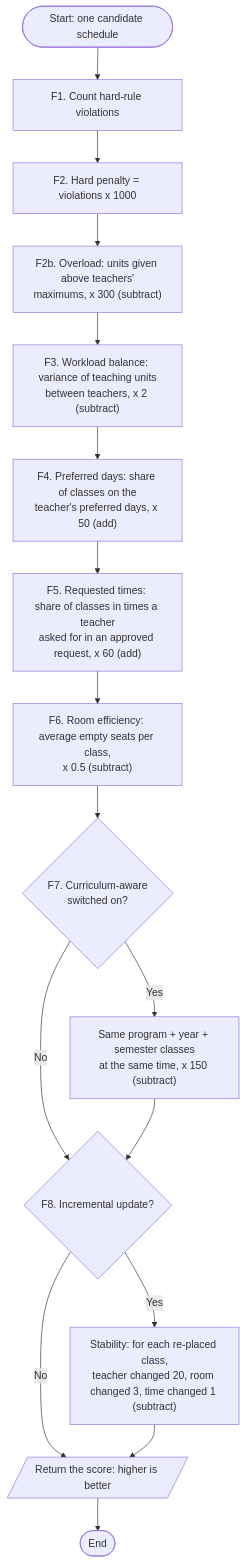
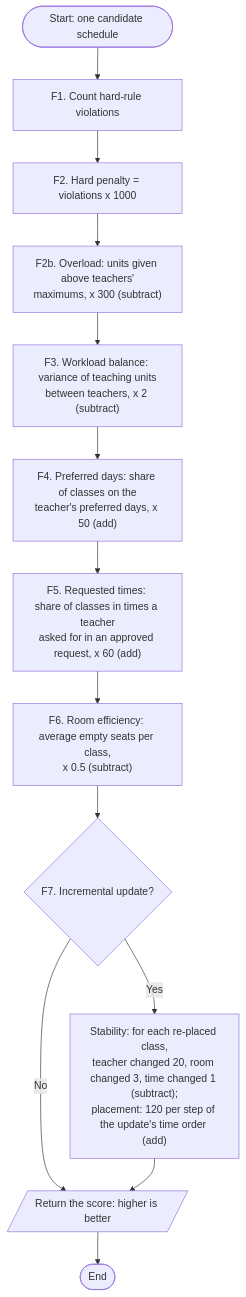
One commit to chocoboy231/SchedWiseAI changed the second of 3 diagrams in docs/FLOWCHART.md. Above: the diagram before and after it, drawn with Mermaid. The commit also changed other lines of this file and 6 other files, not shown here.

````diff
--- a/docs/FLOWCHART.md
+++ b/docs/FLOWCHART.md
@@ -89,18 +89,15 @@
 ```mermaid
 flowchart TD
     A([Start: one candidate schedule]) --> B[F1. Count hard-rule violations]
     B --> C["F2. Hard penalty = violations x 1000"]
     C --> C2["F2b. Overload: units given above teachers'<br/>maximums, x 300 (subtract)"]
     C2 --> D["F3. Workload balance: variance of teaching units<br/>between teachers, x 2 (subtract)"]
     D --> E["F4. Preferred days: share of classes on the<br/>teacher's preferred days, x 50 (add)"]
     E --> F["F5. Requested times: share of classes in times a teacher<br/>asked for in an approved request, x 60 (add)"]
     F --> G["F6. Room efficiency: average empty seats per class,<br/>x 0.5 (subtract)"]
-    G --> H{F7. Curriculum-aware<br/>switched on?}
-    H -- Yes --> I["Same program + year + semester classes<br/>at the same time, x 150 (subtract)"]
-    H -- No --> J
-    I --> J{F8. Incremental update?}
-    J -- Yes --> K["Stability: for each re-placed class,<br/>teacher changed 20, room changed 3, time changed 1 (subtract)"]
+    G --> J{F7. Incremental update?}
+    J -- Yes --> K["Stability: for each re-placed class,<br/>teacher changed 20, room changed 3, time changed 1 (subtract);<br/>placement: 120 per step of the update's time order (add)"]
     J -- No --> L
     K --> L[/Return the score: higher is better/]
     L --> M([End])
 ```
````
